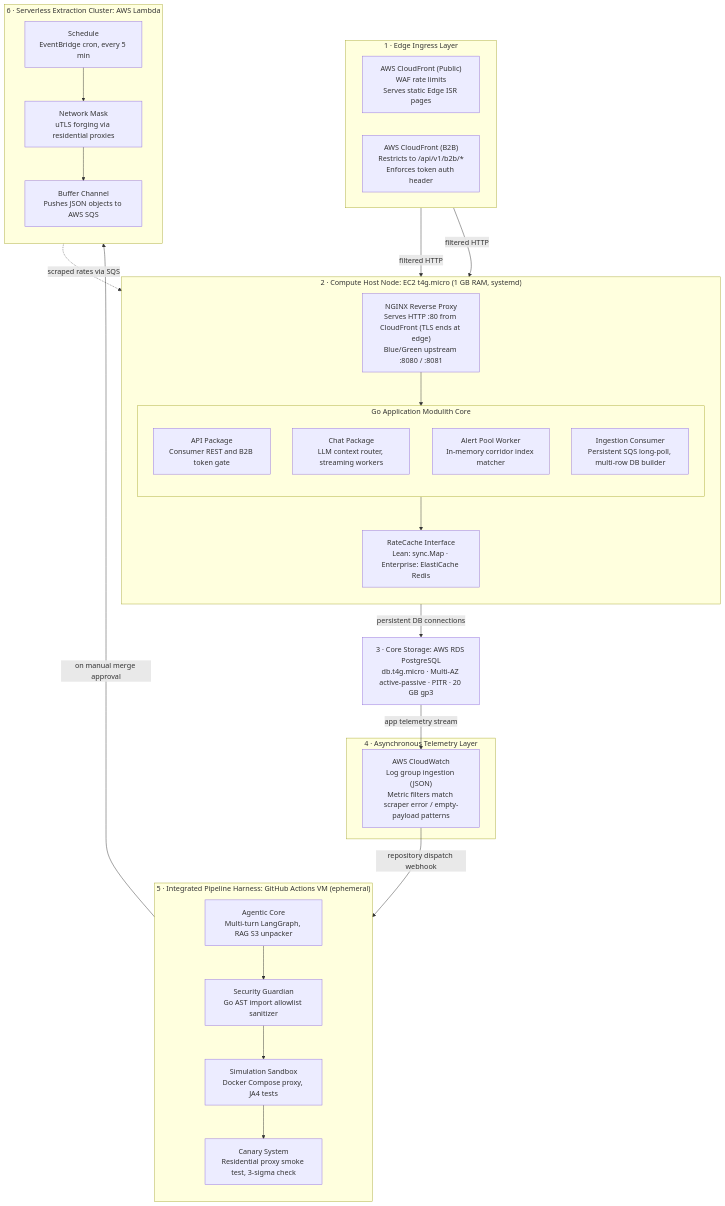
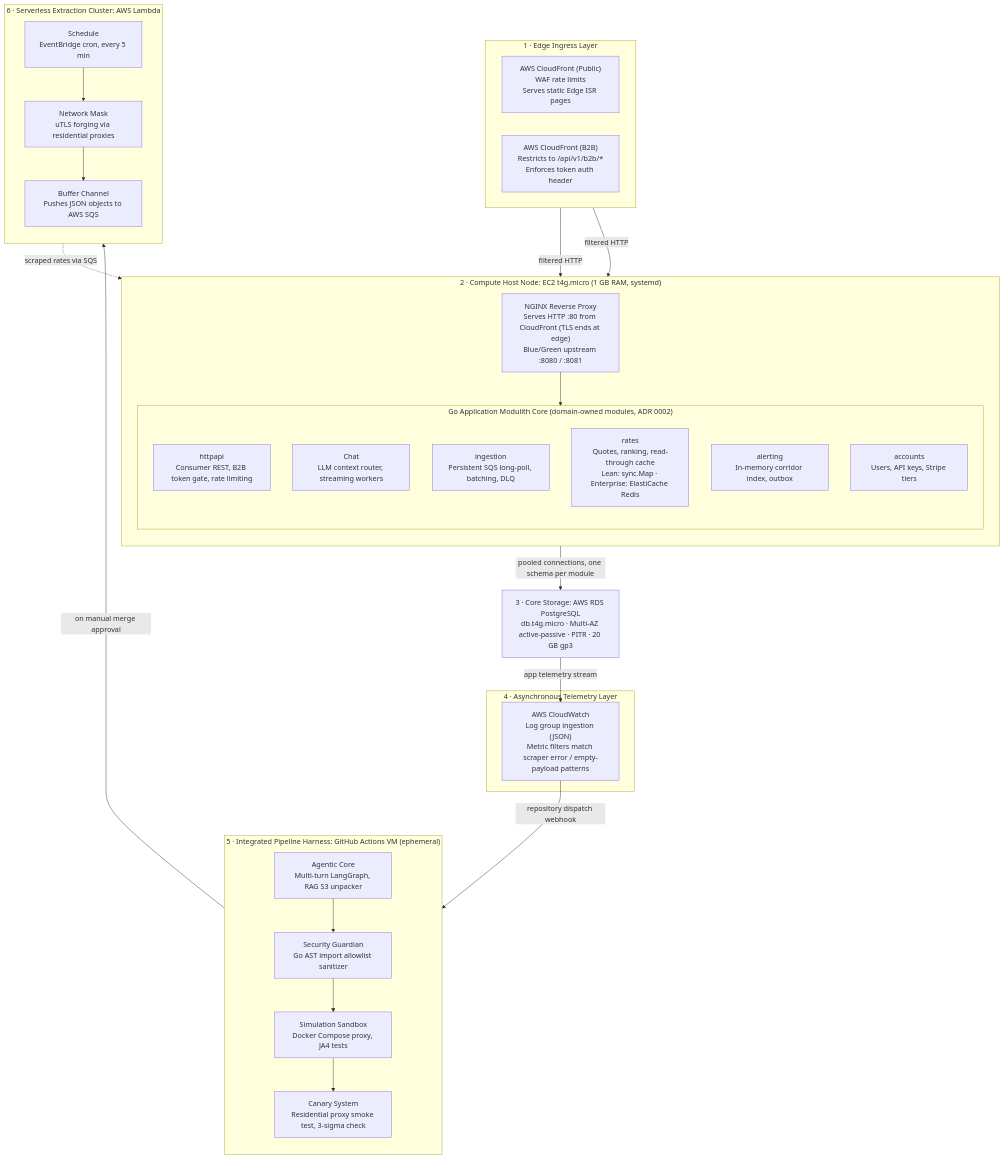
One commit to SegunAdewola/remit-track changed the first of 7 diagrams in docs/sadd.md. Above: the diagram before and after it, drawn with Mermaid. The commit also changed other lines of this file and 4 other files, not shown here.

Commit message:
docs: adopt domain-owned modules for the backend (ADR 0002)

````diff
--- a/docs/sadd.md
+++ b/docs/sadd.md
@@ -11,54 +11,54 @@
 ```mermaid
 flowchart TD
     subgraph Edge["1 · Edge Ingress Layer"]
         direction LR
         CFpub["AWS CloudFront (Public)<br/>WAF rate limits<br/>Serves static Edge ISR pages"]
         CFb2b["AWS CloudFront (B2B)<br/>Restricts to /api/v1/b2b/*<br/>Enforces token auth header"]
     end
 
     subgraph Host["2 · Compute Host Node: EC2 t4g.micro (1 GB RAM, systemd)"]
         direction TB
         NGINX["NGINX Reverse Proxy<br/>Serves HTTP :80 from CloudFront (TLS ends at edge)<br/>Blue/Green upstream :8080 / :8081"]
-        subgraph Mod["Go Application Modulith Core"]
+        subgraph Mod["Go Application Modulith Core (domain-owned modules, ADR 0002)"]
             direction TB
-            API["API Package<br/>Consumer REST and B2B token gate"]
-            Chat["Chat Package<br/>LLM context router, streaming workers"]
-            Alert["Alert Pool Worker<br/>In-memory corridor index matcher"]
-            Ingest["Ingestion Consumer<br/>Persistent SQS long-poll, multi-row DB builder"]
+            API["httpapi<br/>Consumer REST, B2B token gate, rate limiting"]
+            Chat["Chat<br/>LLM context router, streaming workers"]
+            Ingest["ingestion<br/>Persistent SQS long-poll, batching, DLQ"]
+            RateCache["rates<br/>Quotes, ranking, read-through cache<br/>Lean: sync.Map · Enterprise: ElastiCache Redis"]
+            Alert["alerting<br/>In-memory corridor index, outbox"]
+            Accounts["accounts<br/>Users, API keys, Stripe tiers"]
         end
-        RateCache["RateCache Interface<br/>Lean: sync.Map · Enterprise: ElastiCache Redis"]
         NGINX --> Mod
-        Mod --> RateCache
     end
 
     RDS["3 · Core Storage: AWS RDS PostgreSQL<br/>db.t4g.micro · Multi-AZ active-passive · PITR · 20 GB gp3"]
 
     subgraph Tel["4 · Asynchronous Telemetry Layer"]
         CW["AWS CloudWatch<br/>Log group ingestion (JSON)<br/>Metric filters match scraper error / empty-payload patterns"]
     end
 
     subgraph Pipe["5 · Integrated Pipeline Harness: GitHub Actions VM (ephemeral)"]
         direction TB
         Agent["Agentic Core<br/>Multi-turn LangGraph, RAG S3 unpacker"]
         Guard["Security Guardian<br/>Go AST import allowlist sanitizer"]
         Sim["Simulation Sandbox<br/>Docker Compose proxy, JA4 tests"]
         Canary["Canary System<br/>Residential proxy smoke test, 3-sigma check"]
         Agent --> Guard --> Sim --> Canary
     end
 
     subgraph Extract["6 · Serverless Extraction Cluster: AWS Lambda"]
         direction TB
         Sched["Schedule<br/>EventBridge cron, every 5 min"]
         Mask["Network Mask<br/>uTLS forging via residential proxies"]
         Buf["Buffer Channel<br/>Pushes JSON objects to AWS SQS"]
         Sched --> Mask --> Buf
     end
 
     CFpub -->|filtered HTTP| NGINX
     CFb2b -->|filtered HTTP| NGINX
-    RateCache -->|persistent DB connections| RDS
+    Mod -->|pooled connections, one schema per module| RDS
     RDS -->|app telemetry stream| CW
     CW -->|repository dispatch webhook| Agent
     Canary -->|on manual merge approval| Sched
     Buf -.->|scraped rates via SQS| Ingest
 ```                             
````
